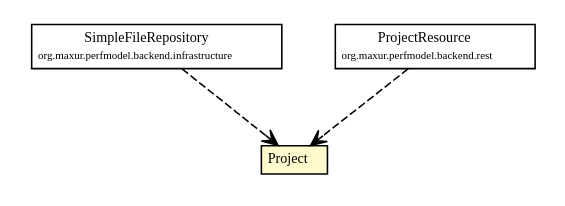
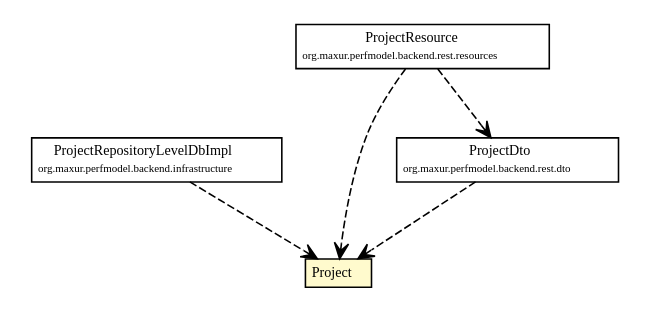
The diagram in components/apidocs/org/maxur/perfmodel/backend/domain/Project.dot (myunusov/pm), drawn with Graphviz before and after one commit. The commit also changed 395 other files, not shown here.

```diff
--- a/components/apidocs/org/maxur/perfmodel/backend/domain/Project.dot
+++ b/components/apidocs/org/maxur/perfmodel/backend/domain/Project.dot
@@ -1,36 +1,47 @@
 #!/usr/local/bin/dot
 #
 # Class diagram 
 # Generated by UMLGraph version R5_6-24-gf6e263 (http://www.umlgraph.org/)
 #
 
 digraph G {
 	edge [fontname="Trebuchet MS",fontsize=10,labelfontname="Trebuchet MS",labelfontsize=10];
 	node [fontname="Trebuchet MS",fontsize=10,shape=plaintext];
 	nodesep=0.25;
 	ranksep=0.5;
 	// org.maxur.perfmodel.backend.domain.Project
-	c255 [label=<<table title="org.maxur.perfmodel.backend.domain.Project" border="0" cellborder="1" cellspacing="0" cellpadding="2" port="p" bgcolor="lemonChiffon" href="./Project.html">
+	c991 [label=<<table title="org.maxur.perfmodel.backend.domain.Project" border="0" cellborder="1" cellspacing="0" cellpadding="2" port="p" bgcolor="lemonChiffon" href="./Project.html">
 		<tr><td><table border="0" cellspacing="0" cellpadding="1">
 <tr><td align="center" balign="center"><font face="Trebuchet MS"> Project </font></td></tr>
 		</table></td></tr>
 		</table>>, URL="./Project.html", fontname="Trebuchet MS", fontcolor="black", fontsize=9.0];
-	// org.maxur.perfmodel.backend.infrastructure.SimpleFileRepository
-	c258 [label=<<table title="org.maxur.perfmodel.backend.infrastructure.SimpleFileRepository" border="0" cellborder="1" cellspacing="0" cellpadding="2" port="p" href="../infrastructure/SimpleFileRepository.html">
+	// org.maxur.perfmodel.backend.infrastructure.ProjectRepositoryLevelDbImpl
+	c994 [label=<<table title="org.maxur.perfmodel.backend.infrastructure.ProjectRepositoryLevelDbImpl" border="0" cellborder="1" cellspacing="0" cellpadding="2" port="p" href="../infrastructure/ProjectRepositoryLevelDbImpl.html">
 		<tr><td><table border="0" cellspacing="0" cellpadding="1">
-<tr><td align="center" balign="center"><font face="Trebuchet MS"> SimpleFileRepository </font></td></tr>
+<tr><td align="center" balign="center"><font face="Trebuchet MS"> ProjectRepositoryLevelDbImpl </font></td></tr>
 <tr><td align="center" balign="center"><font face="Trebuchet MS" point-size="7.0"> org.maxur.perfmodel.backend.infrastructure </font></td></tr>
 		</table></td></tr>
-		</table>>, URL="../infrastructure/SimpleFileRepository.html", fontname="Trebuchet MS", fontcolor="black", fontsize=9.0];
-	// org.maxur.perfmodel.backend.rest.ProjectResource
-	c263 [label=<<table title="org.maxur.perfmodel.backend.rest.ProjectResource" border="0" cellborder="1" cellspacing="0" cellpadding="2" port="p" href="../rest/ProjectResource.html">
+		</table>>, URL="../infrastructure/ProjectRepositoryLevelDbImpl.html", fontname="Trebuchet MS", fontcolor="black", fontsize=9.0];
+	// org.maxur.perfmodel.backend.rest.dto.ProjectDto
+	c996 [label=<<table title="org.maxur.perfmodel.backend.rest.dto.ProjectDto" border="0" cellborder="1" cellspacing="0" cellpadding="2" port="p" href="../rest/dto/ProjectDto.html">
+		<tr><td><table border="0" cellspacing="0" cellpadding="1">
+<tr><td align="center" balign="center"><font face="Trebuchet MS"> ProjectDto </font></td></tr>
+<tr><td align="center" balign="center"><font face="Trebuchet MS" point-size="7.0"> org.maxur.perfmodel.backend.rest.dto </font></td></tr>
+		</table></td></tr>
+		</table>>, URL="../rest/dto/ProjectDto.html", fontname="Trebuchet MS", fontcolor="black", fontsize=9.0];
+	// org.maxur.perfmodel.backend.rest.resources.ProjectResource
+	c1001 [label=<<table title="org.maxur.perfmodel.backend.rest.resources.ProjectResource" border="0" cellborder="1" cellspacing="0" cellpadding="2" port="p" href="../rest/resources/ProjectResource.html">
 		<tr><td><table border="0" cellspacing="0" cellpadding="1">
 <tr><td align="center" balign="center"><font face="Trebuchet MS"> ProjectResource </font></td></tr>
-<tr><td align="center" balign="center"><font face="Trebuchet MS" point-size="7.0"> org.maxur.perfmodel.backend.rest </font></td></tr>
+<tr><td align="center" balign="center"><font face="Trebuchet MS" point-size="7.0"> org.maxur.perfmodel.backend.rest.resources </font></td></tr>
 		</table></td></tr>
-		</table>>, URL="../rest/ProjectResource.html", fontname="Trebuchet MS", fontcolor="black", fontsize=9.0];
-	// org.maxur.perfmodel.backend.infrastructure.SimpleFileRepository DEPEND org.maxur.perfmodel.backend.domain.Project
-	c258:p -> c255:p [taillabel="", label="", headlabel="", fontname="Trebuchet MS", fontcolor="black", fontsize=10.0, color="black", arrowhead=open, style=dashed];
-	// org.maxur.perfmodel.backend.rest.ProjectResource DEPEND org.maxur.perfmodel.backend.domain.Project
-	c263:p -> c255:p [taillabel="", label="", headlabel="", fontname="Trebuchet MS", fontcolor="black", fontsize=10.0, color="black", arrowhead=open, style=dashed];
+		</table>>, URL="../rest/resources/ProjectResource.html", fontname="Trebuchet MS", fontcolor="black", fontsize=9.0];
+	// org.maxur.perfmodel.backend.infrastructure.ProjectRepositoryLevelDbImpl DEPEND org.maxur.perfmodel.backend.domain.Project
+	c994:p -> c991:p [taillabel="", label="", headlabel="", fontname="Trebuchet MS", fontcolor="black", fontsize=10.0, color="black", arrowhead=open, style=dashed];
+	// org.maxur.perfmodel.backend.rest.dto.ProjectDto DEPEND org.maxur.perfmodel.backend.domain.Project
+	c996:p -> c991:p [taillabel="", label="", headlabel="", fontname="Trebuchet MS", fontcolor="black", fontsize=10.0, color="black", arrowhead=open, style=dashed];
+	// org.maxur.perfmodel.backend.rest.resources.ProjectResource DEPEND org.maxur.perfmodel.backend.rest.dto.ProjectDto
+	c1001:p -> c996:p [taillabel="", label="", headlabel="", fontname="Trebuchet MS", fontcolor="black", fontsize=10.0, color="black", arrowhead=open, style=dashed];
+	// org.maxur.perfmodel.backend.rest.resources.ProjectResource DEPEND org.maxur.perfmodel.backend.domain.Project
+	c1001:p -> c991:p [taillabel="", label="", headlabel="", fontname="Trebuchet MS", fontcolor="black", fontsize=10.0, color="black", arrowhead=open, style=dashed];
 }
```
